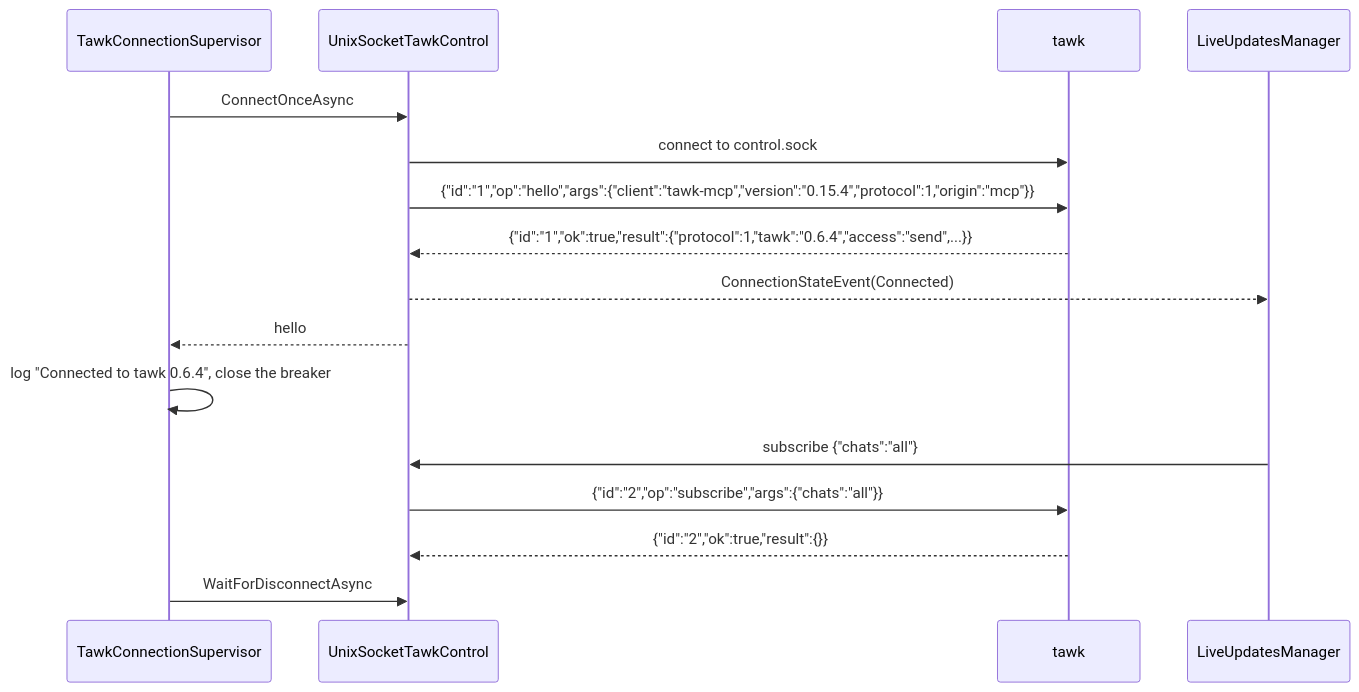
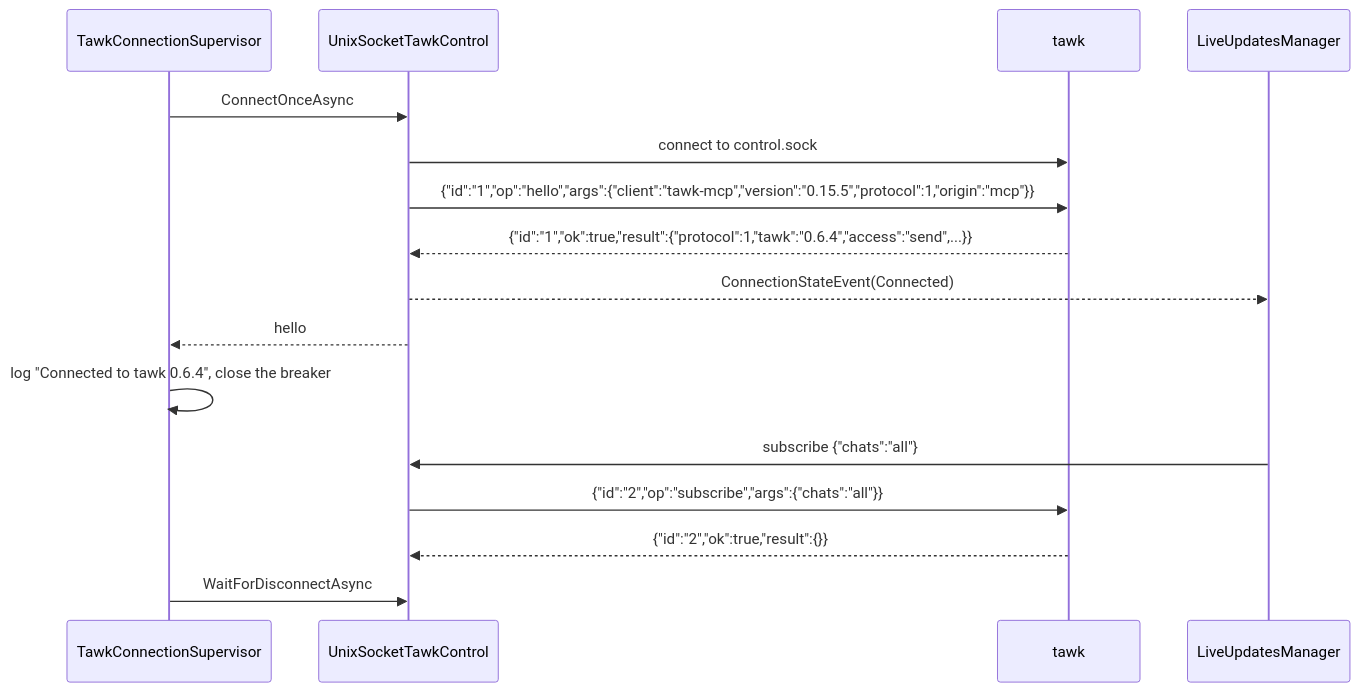
One commit to loganventer/Corvus.Mcp.Server.Tawk changed the first of 14 diagrams in HOW_IT_WORKS.md. Above: the diagram before and after it, drawn with Mermaid. The commit also changed other lines of this file and 10 other files, not shown here.

````diff
--- a/HOW_IT_WORKS.md
+++ b/HOW_IT_WORKS.md
@@ -31,19 +31,19 @@
 ```mermaid
 sequenceDiagram
     participant S as TawkConnectionSupervisor
     participant C as UnixSocketTawkControl
     participant T as tawk
     participant L as LiveUpdatesManager
 
     S->>C: ConnectOnceAsync
     C->>T: connect to control.sock
-    C->>T: {"id":"1","op":"hello","args":{"client":"tawk-mcp","version":"0.15.4","protocol":1,"origin":"mcp"}}
+    C->>T: {"id":"1","op":"hello","args":{"client":"tawk-mcp","version":"0.15.5","protocol":1,"origin":"mcp"}}
     T-->>C: {"id":"1","ok":true,"result":{"protocol":1,"tawk":"0.6.4","access":"send",...}}
     C-->>L: ConnectionStateEvent(Connected)
     C-->>S: hello
     S->>S: log "Connected to tawk 0.6.4", close the breaker
     L->>C: subscribe {"chats":"all"}
     C->>T: {"id":"2","op":"subscribe","args":{"chats":"all"}}
     T-->>C: {"id":"2","ok":true,"result":{}}
     S->>C: WaitForDisconnectAsync
 ```
````
